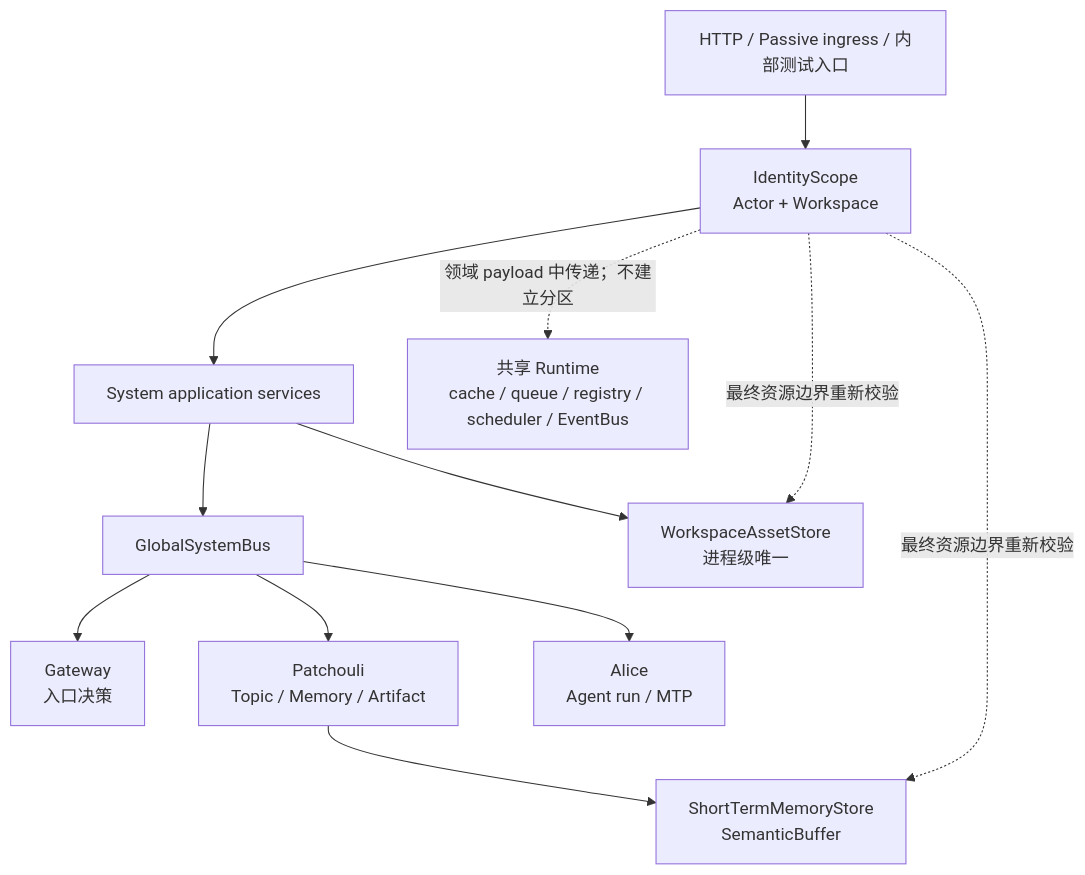
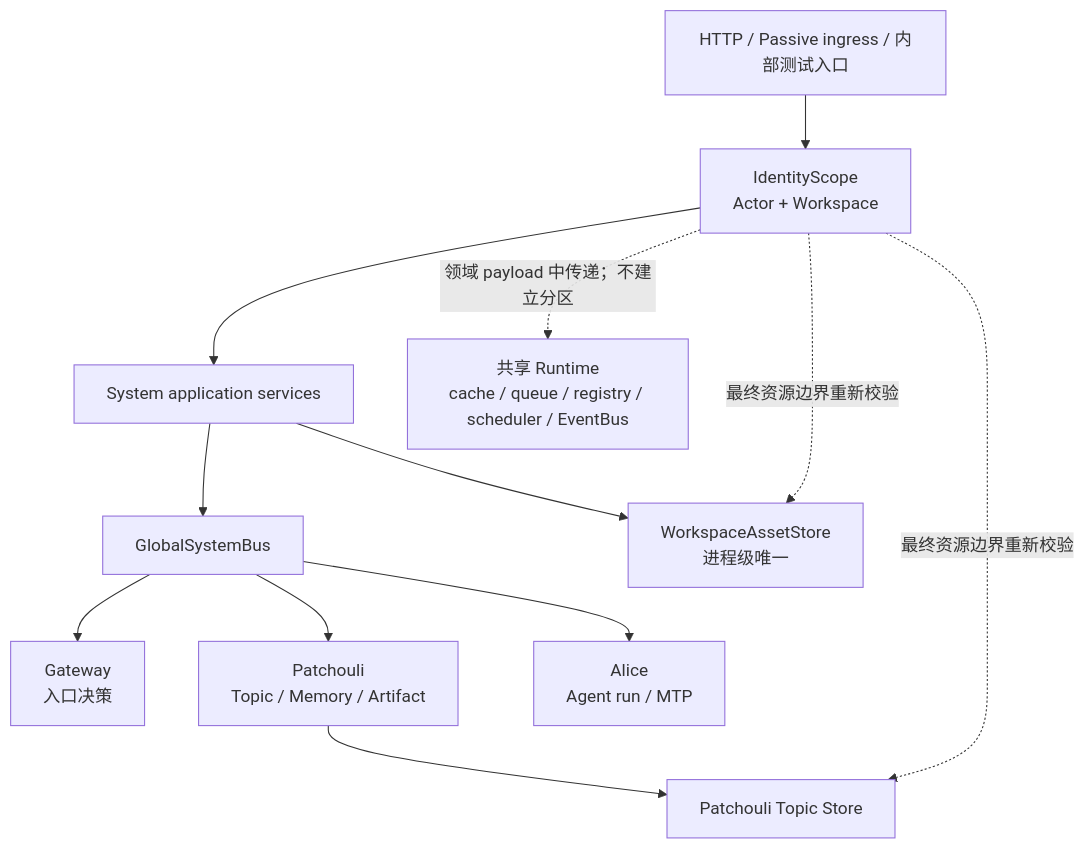
Before and after one commit to artemis03976/HiveMemory: the diagram in docs/architecture/workspace.md, drawn with Mermaid. The commit also changed other lines of this file and 1 other file, not shown here.

````diff
--- a/docs/architecture/workspace.md
+++ b/docs/architecture/workspace.md
@@ -95,23 +73,23 @@
 ```mermaid
 flowchart TB
     IN["HTTP / Passive ingress / 内部测试入口"]
     SCOPE["IdentityScope\nActor + Workspace"]
     APP["System application services"]
     BUS["GlobalSystemBus"]
     GW["Gateway\n入口决策"]
     PA["Patchouli\nTopic / Memory / Artifact"]
     AL["Alice\nAgent run / MTP"]
-    TOPIC["ShortTermMemoryStore\nSemanticBuffer"]
+    TOPIC["Patchouli Topic Store"]
     ASSET["WorkspaceAssetStore\n进程级唯一"]
     SHARED["共享 Runtime\ncache / queue / registry / scheduler / EventBus"]
 
     IN --> SCOPE --> APP --> BUS
     BUS --> GW
     BUS --> PA
     BUS --> AL
     PA --> TOPIC
     APP --> ASSET
     SCOPE -. "最终资源边界重新校验" .-> TOPIC
     SCOPE -. "最终资源边界重新校验" .-> ASSET
     SCOPE -. "领域 payload 中传递；不建立分区" .-> SHARED
 ```
````
